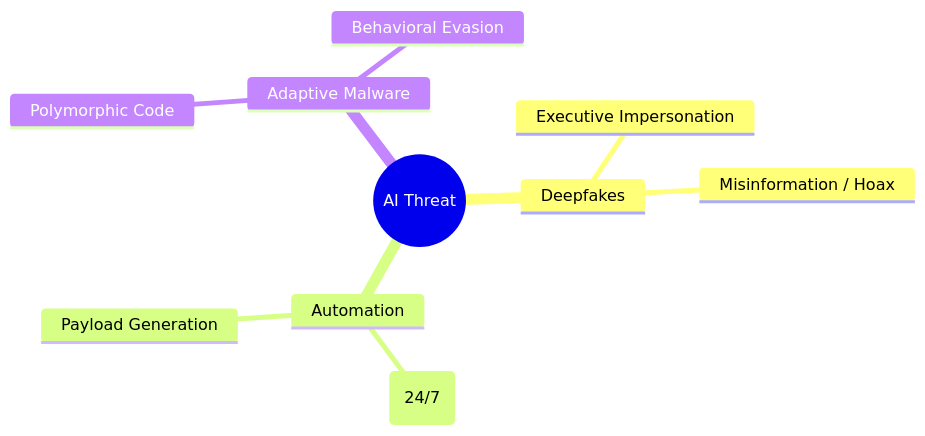
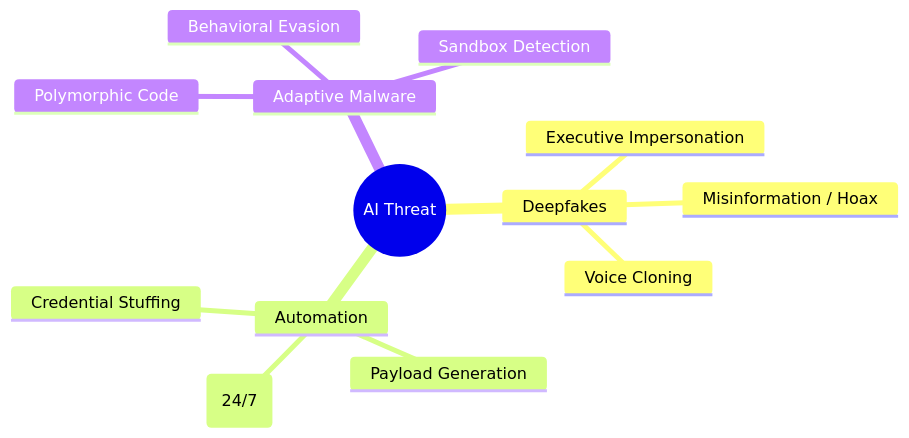
The second of 3 diagrams in _posts/2026-02-12-cyber-2026-indonesia.md (delvin-45/delvin-45.github.io), drawn with Mermaid before and after one commit. The commit also changed other lines of this file and 1 other file, not shown here.

```diff
--- a/_posts/2026-02-12-cyber-2026-indonesia.md
+++ b/_posts/2026-02-12-cyber-2026-indonesia.md
@@ -52,13 +54,16 @@
 <div class="mermaid">
 mindmap
   root((AI Threat))
     Deepfakes
       Executive Impersonation
       Misinformation / Hoax
+      Voice Cloning
     Automation
       Vuln Scanning (24/7)
       Payload Generation
+      Credential Stuffing
     Adaptive Malware
       Polymorphic Code
       Behavioral Evasion
+      Sandbox Detection
 </div>
```
